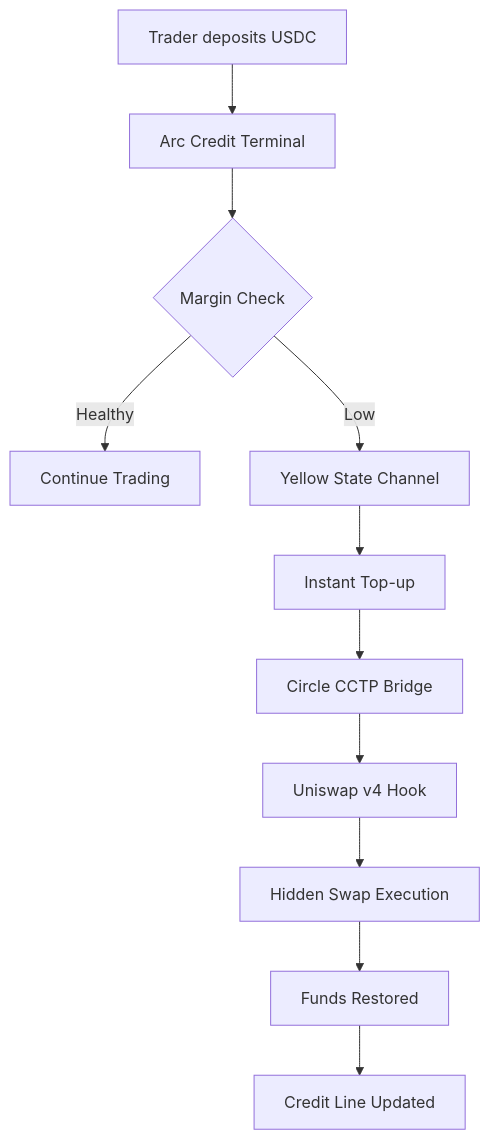
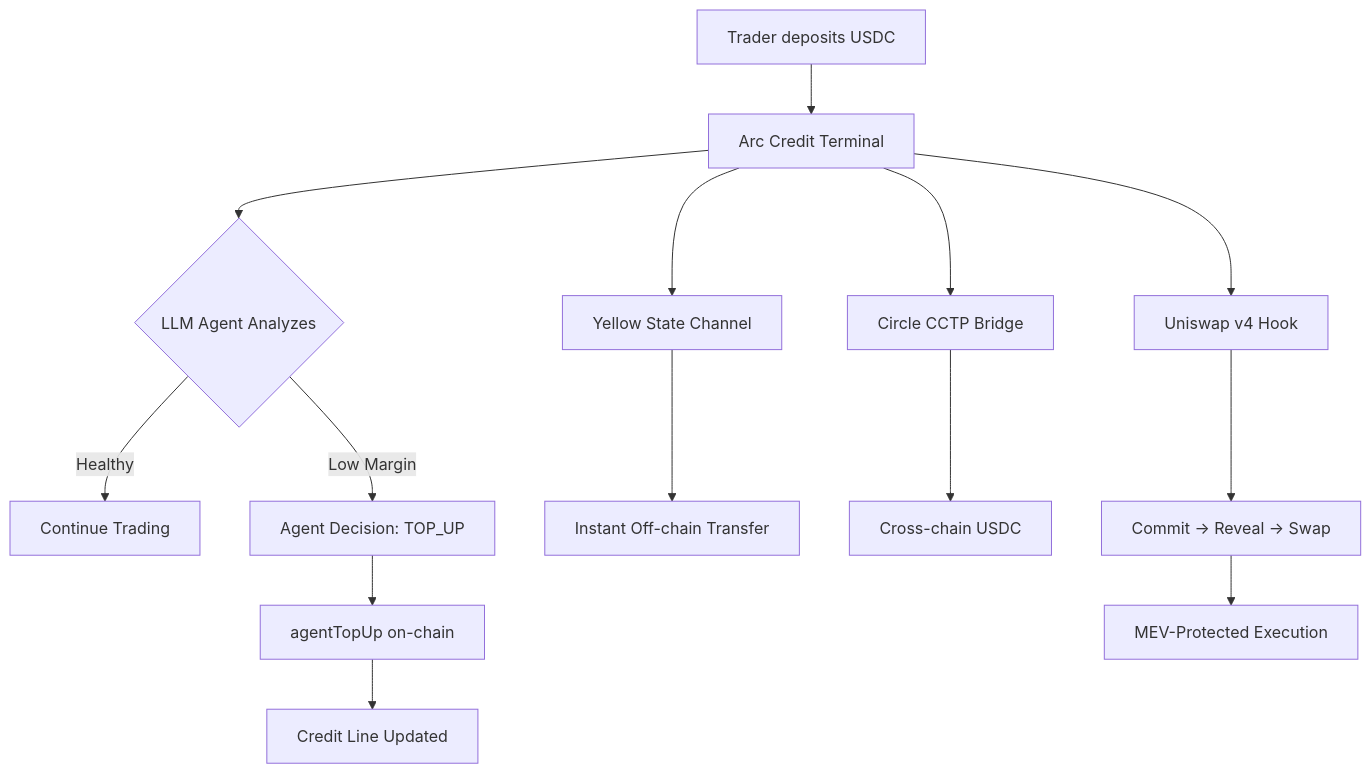
Before and after one commit to N-45div/HackMoney2026: the fourth of 11 diagrams in ARCHITECTURE.md, drawn with Mermaid. The commit also changed other lines of this file and 2 other files, not shown here.

First line of the commit message:
docs: update README and ARCHITECTURE with LLM agent flow and OpenRouter integration

````diff
--- a/ARCHITECTURE.md
+++ b/ARCHITECTURE.md
@@ -140,13 +159,16 @@
 ```mermaid
 flowchart TD
     A[Trader deposits USDC] --> B[Arc Credit Terminal]
-    B --> C{Margin Check}
+    B --> C{LLM Agent Analyzes}
     C -->|Healthy| D[Continue Trading]
-    C -->|Low| E[Yellow State Channel]
-    E --> F[Instant Top-up]
-    F --> G[Circle CCTP Bridge]
-    G --> H[Uniswap v4 Hook]
-    H --> I[Hidden Swap Execution]
-    I --> J[Funds Restored]
-    J --> K[Credit Line Updated]
+    C -->|Low Margin| E[Agent Decision: TOP_UP]
+    E --> F[agentTopUp on-chain]
+    F --> G[Credit Line Updated]
+    B --> H[Yellow State Channel]
+    H --> I[Instant Off-chain Transfer]
+    B --> J[Circle CCTP Bridge]
+    J --> K[Cross-chain USDC]
+    B --> L[Uniswap v4 Hook]
+    L --> M[Commit → Reveal → Swap]
+    M --> N[MEV-Protected Execution]
 ```
````
